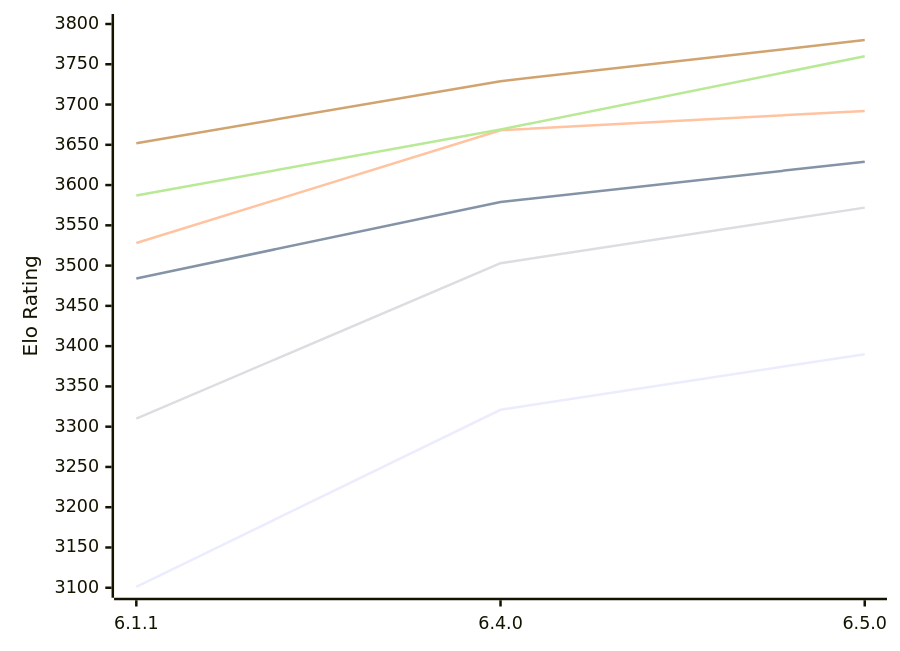
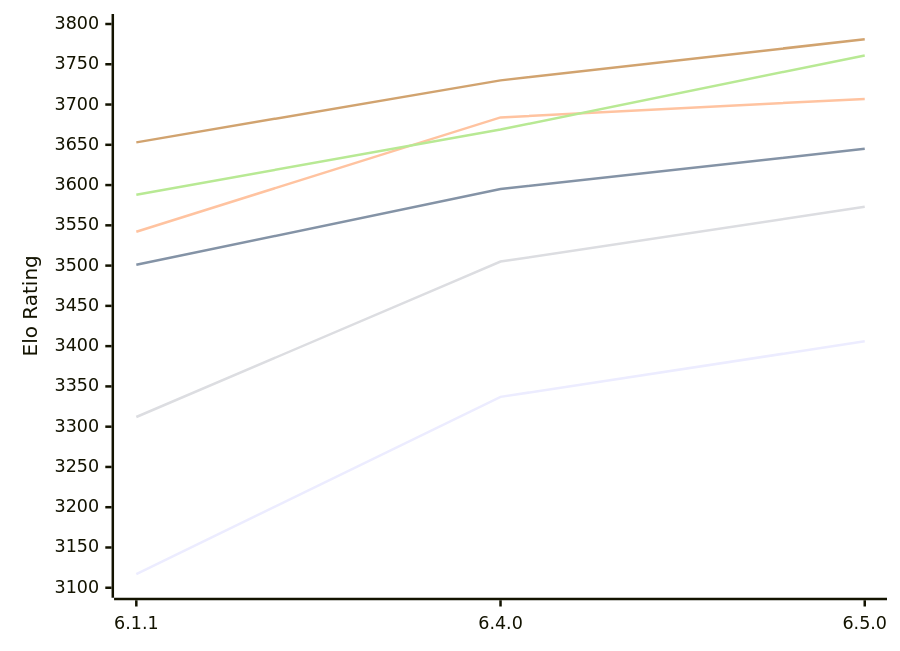
One commit to computer-chess-index/cci changed the first of 2 diagrams in engines/Zigqueen.md. Above: the diagram before and after it, drawn with Mermaid. The commit also changed other lines of this file, not shown here.

Commit message:
Update CCI Ratings (ELO VLTC) - 2026-11-11

````diff
--- a/engines/Zigqueen.md
+++ b/engines/Zigqueen.md
@@ -55,12 +55,12 @@
 ```mermaid
 %%{init: {"theme":"base","themeVariables":{"seriesColors:['#a3a3a3','#222221','#faa371']}}}%%
 xychart-beta
   x-axis ["6.1.1", "6.4.0", "6.5.0"]
   y-axis "Elo Rating" 3100 --> 3800
-  line "E1: STC (8.0+0.08s)" [3101, 3321, 3390]
-  line "E1: LTC (60.0+0.60s)" [3484, 3579, 3629]
-  line "E1: VLTC (2m24s+1.12s)" [3528, 3668, 3692]
-  line "P1: STC (8.0+0.08s)" [3310, 3503, 3572]
-  line "P1: LTC (60.0+0.60s)" [3587, 3669, 3760]
-  line "P1: VLTC (2m24s+1.12s)" [3652, 3729, 3780]
+  line "E1: STC (8.0+0.08s)" [3117, 3337, 3406]
+  line "E1: LTC (60.0+0.60s)" [3501, 3595, 3645]
+  line "E1: VLTC (2m24s+1.12s)" [3542, 3684, 3707]
+  line "P1: STC (8.0+0.08s)" [3312, 3505, 3573]
+  line "P1: LTC (60.0+0.60s)" [3588, 3669, 3761]
+  line "P1: VLTC (2m24s+1.12s)" [3653, 3730, 3781]
 ```
````
